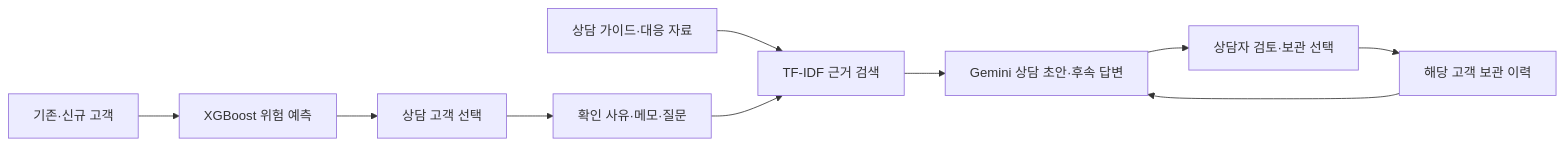
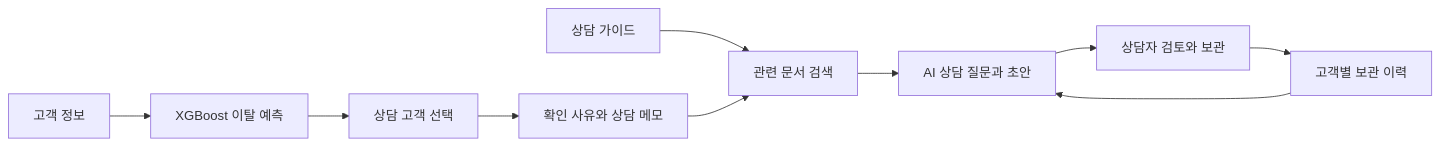
The diagram in README.md (nateous-dev/Project2), drawn with Mermaid before and after one commit. The commit also changed other lines of this file, not shown here.

````diff
--- a/README.md
+++ b/README.md
@@ -164,12 +148,12 @@
 ```mermaid
 flowchart LR
-    A[기존·신규 고객] --> B[XGBoost 위험 예측]
+    A[고객 정보] --> B[XGBoost 이탈 예측]
     B --> C[상담 고객 선택]
-    C --> D[확인 사유·메모·질문]
-    E[상담 가이드·대응 자료] --> F[TF-IDF 근거 검색]
+    C --> D[확인 사유와 상담 메모]
+    E[상담 가이드] --> F[관련 문서 검색]
     D --> F
-    F --> G[Gemini 상담 초안·후속 답변]
-    H[해당 고객 보관 이력] --> G
-    G --> I[상담자 검토·보관 선택]
+    F --> G[AI 상담 질문과 초안]
+    H[고객별 보관 이력] --> G
+    G --> I[상담자 검토와 보관]
     I --> H
 ```
````
